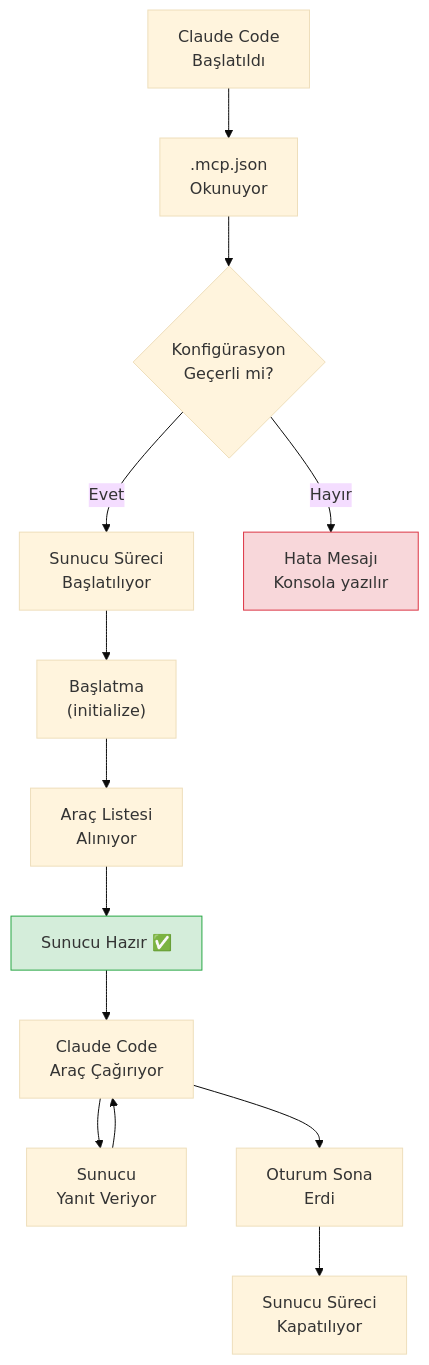
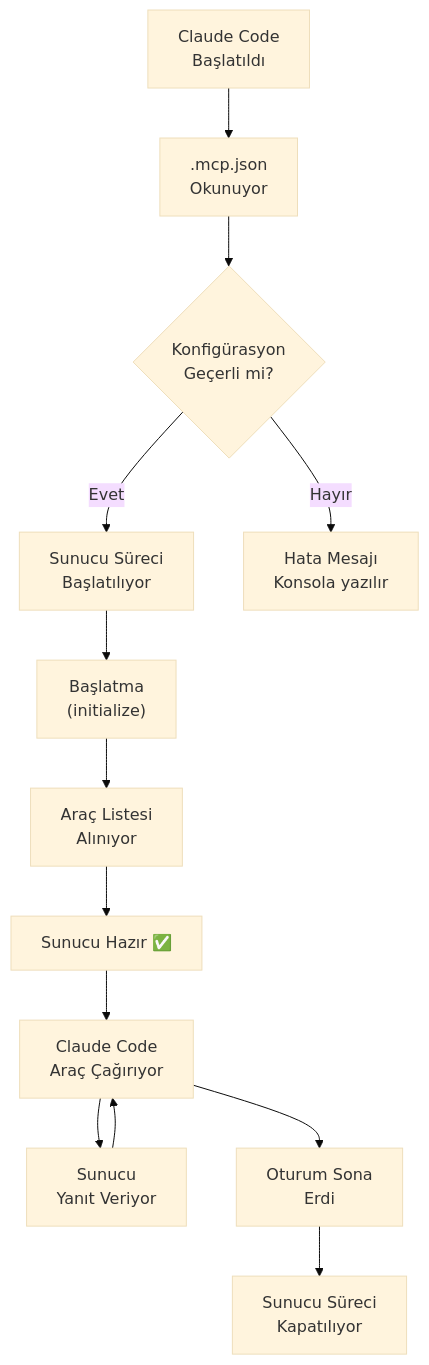
One commit to IzzetYasinAtes/ClaudeCodeHandbook changed the second of 3 diagrams in 11-mcp/02-mcp-kurulumu-ve-konfigurasyonu.md. Above: the diagram before and after it, drawn with Mermaid (base theme). The commit also changed other lines of this file and 97 other files, not shown here.

Commit message:
Remove all custom Mermaid style/fill colors from 98 markdown files for consistent dark theme rendering

````diff
--- a/11-mcp/02-mcp-kurulumu-ve-konfigurasyonu.md
+++ b/11-mcp/02-mcp-kurulumu-ve-konfigurasyonu.md
@@ -205,22 +203,20 @@
 ```mermaid
 flowchart TD
     START["Claude Code<br/>Başlatıldı"] --> READ[".mcp.json<br/>Okunuyor"]
     READ --> VALIDATE{"Konfigürasyon<br/>Geçerli mi?"}
 
     VALIDATE -->|"Evet"| SPAWN["Sunucu Süreci<br/>Başlatılıyor"]
     VALIDATE -->|"Hayır"| ERROR["Hata Mesajı<br/>Konsola yazılır"]
 
     SPAWN --> INIT["Başlatma<br/>(initialize)"]
     INIT --> TOOLS["Araç Listesi<br/>Alınıyor"]
     TOOLS --> READY["Sunucu Hazır ✅"]
 
     READY --> USE["Claude Code<br/>Araç Çağırıyor"]
     USE --> RESPONSE["Sunucu<br/>Yanıt Veriyor"]
     RESPONSE --> USE
 
     USE --> END["Oturum Sona<br/>Erdi"]
     END --> SHUTDOWN["Sunucu Süreci<br/>Kapatılıyor"]
 
-    style READY fill:#d4edda,stroke:#28a745
-    style ERROR fill:#f8d7da,stroke:#dc3545
 ```
````
